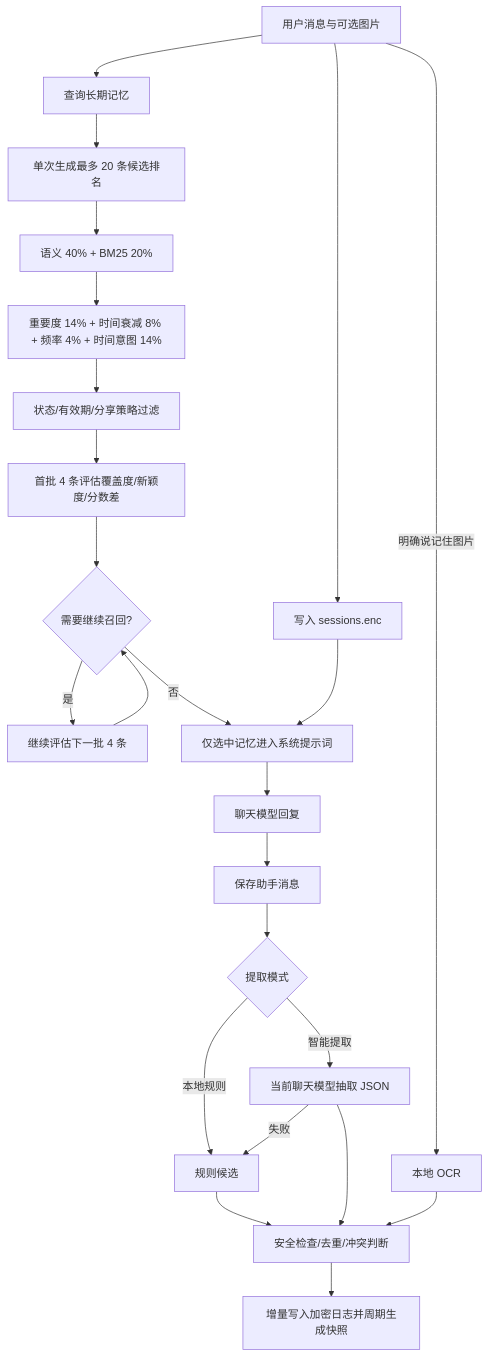
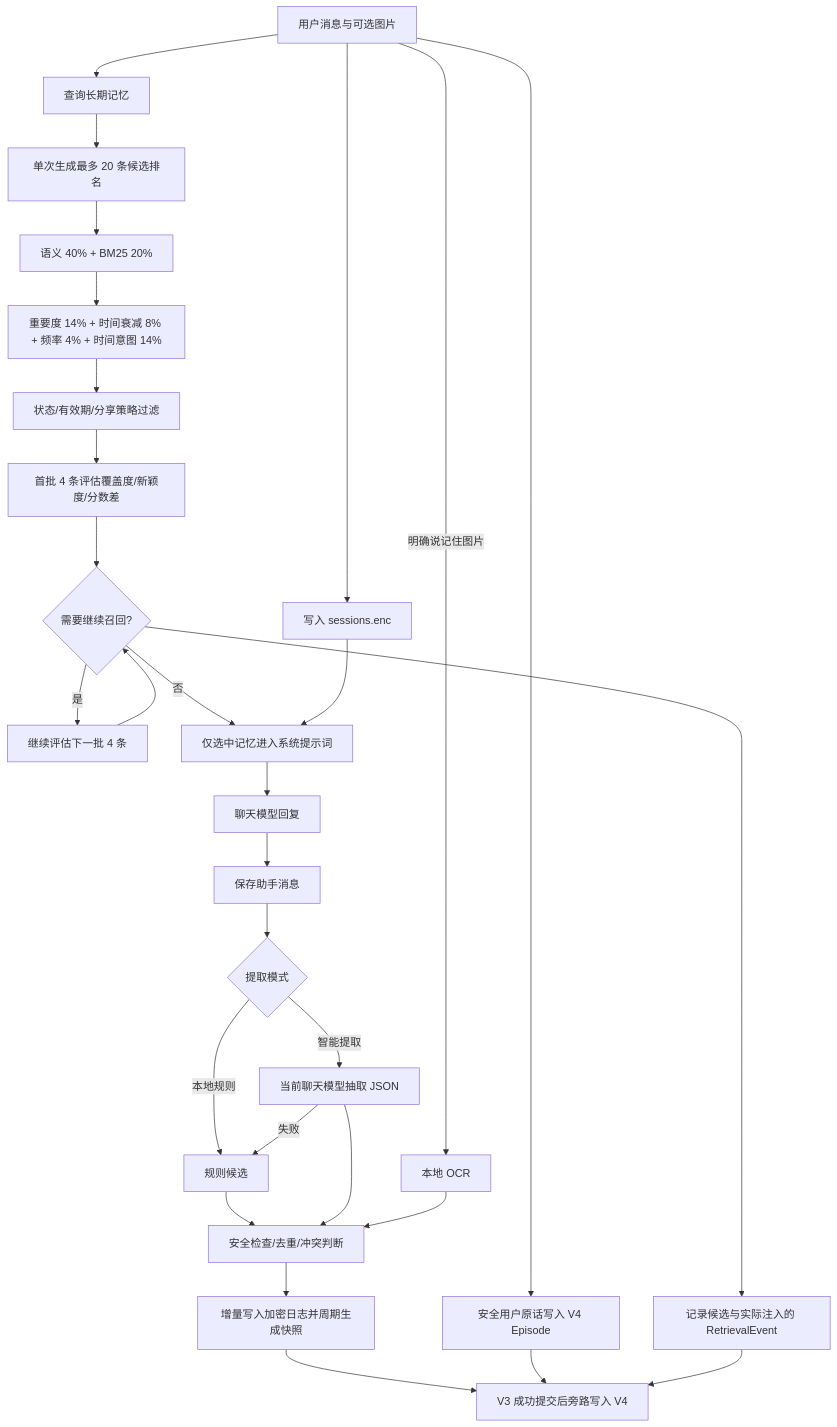
The diagram in README.md (obliviar/deskpet), drawn with Mermaid before and after one commit. The commit also changed other lines of this file and 11 other files, not shown here.

````diff
--- a/README.md
+++ b/README.md
@@ -65,26 +65,31 @@
 ```mermaid
 flowchart TD
     A[用户消息与可选图片] --> B[写入 sessions.enc]
     A --> C[查询长期记忆]
     C --> D[单次生成最多 20 条候选排名]
     D --> D2[语义 40% + BM25 20%]
     D2 --> E[重要度 14% + 时间衰减 8% + 频率 4% + 时间意图 14%]
     E --> F[状态/有效期/分享策略过滤]
     F --> F2[首批 4 条评估覆盖度/新颖度/分数差]
     F2 --> F3{需要继续召回?}
     F3 -->|是| F4[继续评估下一批 4 条]
     F4 --> F3
     F3 -->|否| G[仅选中记忆进入系统提示词]
     B --> G
     G --> H[聊天模型回复]
     H --> I[保存助手消息]
     I --> J{提取模式}
     J -->|本地规则| K[规则候选]
     J -->|智能提取| L[当前聊天模型抽取 JSON]
     L -->|失败| K
     A -->|明确说记住图片| M[本地 OCR]
     K --> N[安全检查/去重/冲突判断]
     L --> N
     M --> N
     N --> O[增量写入加密日志并周期生成快照]
+    O --> P[V3 成功提交后旁路写入 V4]
+    A --> Q[安全用户原话写入 V4 Episode]
+    Q --> P
+    F3 --> R[记录候选与实际注入的 RetrievalEvent]
+    R --> P
 ```
````
